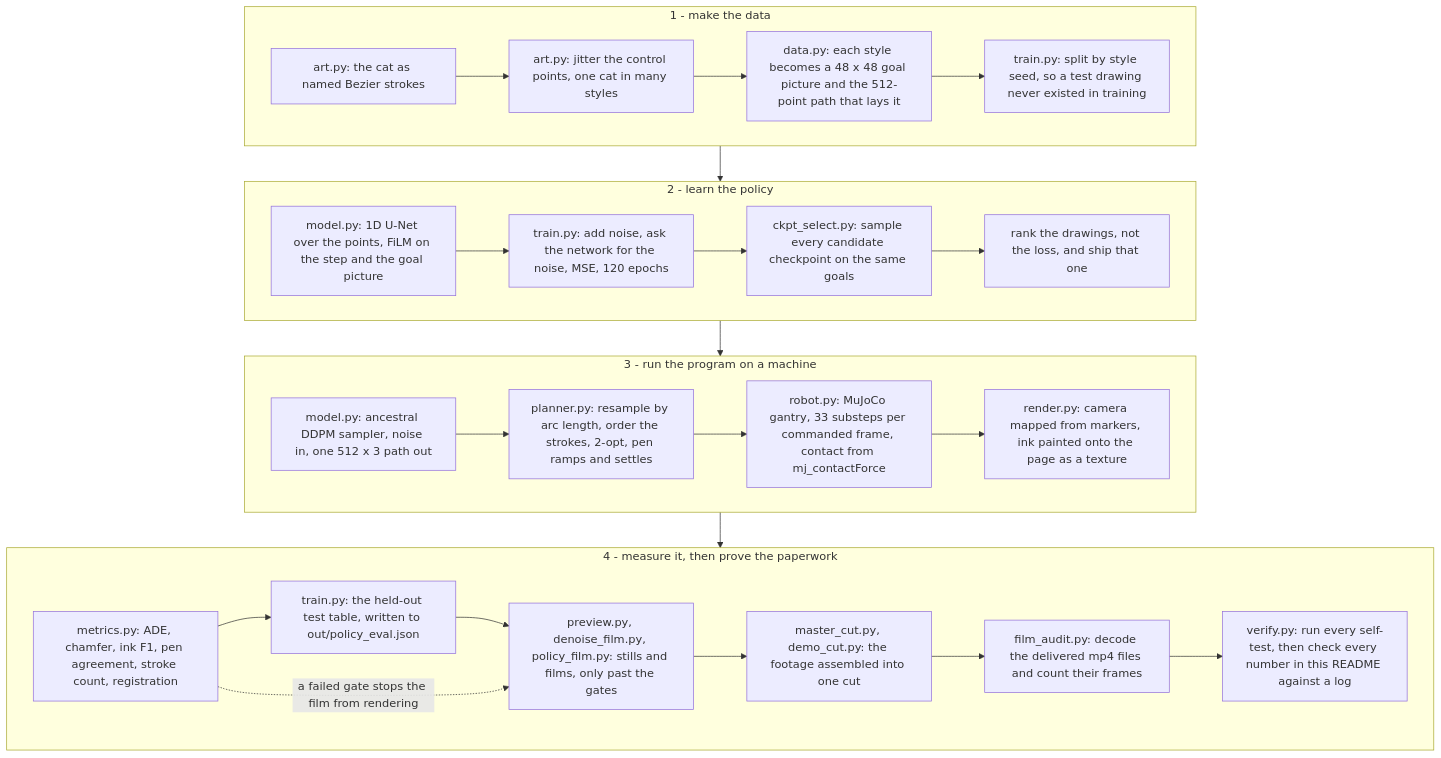
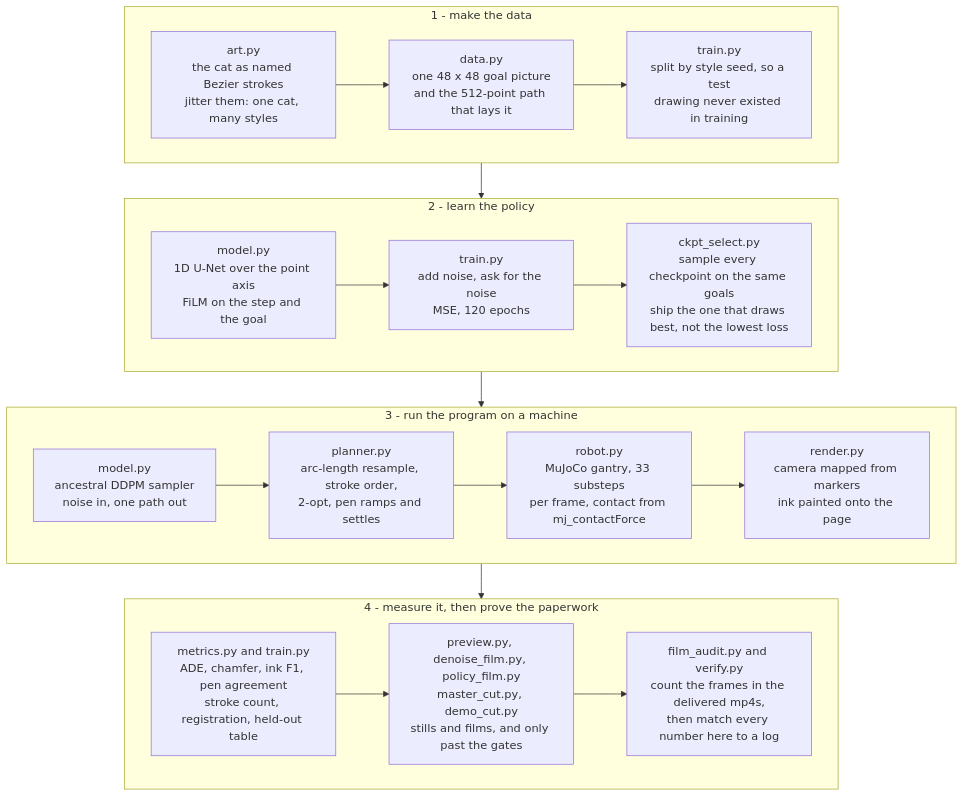
One commit to piplupjuice/CatMotion changed the first of 2 diagrams in README.md. Above: the diagram before and after it, drawn with Mermaid.

Commit message:
README: lay the architecture bands out sideways
Six boxes stacked in the last band made the diagram taller than GitHub's mermaid
frame, so its header was cut off and the whole thing had to be scrolled inside the
picture. Each band now reads left to right and the measurement band is three boxes
instead of six.

````diff
--- a/README.md
+++ b/README.md
@@ -165,35 +165,29 @@
 ```mermaid
 flowchart TD
     subgraph S1["1 - make the data"]
-        A1["art.py: the cat as named Bezier strokes"]
-        A2["art.py: jitter the control points, one cat in many styles"]
-        A3["data.py: each style becomes a 48 x 48 goal picture and the 512-point path that lays it"]
-        A4["train.py: split by style seed, so a test drawing never existed in training"]
-        A1 --> A2 --> A3 --> A4
+        direction LR
+        A1["art.py<br/>the cat as named Bezier strokes<br/>jitter them: one cat, many styles"] --> A2["data.py<br/>one 48 x 48 goal picture<br/>and the 512-point path that lays it"]
+        A2 --> A3["train.py<br/>split by style seed, so a test<br/>drawing never existed in training"]
     end
+
     subgraph S2["2 - learn the policy"]
-        B1["model.py: 1D U-Net over the points, FiLM on the step and the goal picture"]
-        B2["train.py: add noise, ask the network for the noise, MSE, 120 epochs"]
-        B3["ckpt_select.py: sample every candidate checkpoint on the same goals"]
-        B4["rank the drawings, not the loss, and ship that one"]
-        B1 --> B2 --> B3 --> B4
+        direction LR
+        B1["model.py<br/>1D U-Net over the point axis<br/>FiLM on the step and the goal"] --> B2["train.py<br/>add noise, ask for the noise<br/>MSE, 120 epochs"]
+        B2 --> B3["ckpt_select.py<br/>sample every checkpoint on the same goals<br/>ship the one that draws best, not the lowest loss"]
     end
+
     subgraph S3["3 - run the program on a machine"]
-        C1["model.py: ancestral DDPM sampler, noise in, one 512 x 3 path out"]
-        C2["planner.py: resample by arc length, order the strokes, 2-opt, pen ramps and settles"]
-        C3["robot.py: MuJoCo gantry, 33 substeps per commanded frame, contact from mj_contactForce"]
-        C4["render.py: camera mapped from markers, ink painted onto the page as a texture"]
-        C1 --> C2 --> C3 --> C4
+        direction LR
+        C1["model.py<br/>ancestral DDPM sampler<br/>noise in, one path out"] --> C2["planner.py<br/>arc-length resample, stroke order,<br/>2-opt, pen ramps and settles"]
+        C2 --> C3["robot.py<br/>MuJoCo gantry, 33 substeps<br/>per frame, contact from mj_contactForce"]
+        C3 --> C4["render.py<br/>camera mapped from markers<br/>ink painted onto the page"]
     end
+
     subgraph S4["4 - measure it, then prove the paperwork"]
-        D1["metrics.py: ADE, chamfer, ink F1, pen agreement, stroke count, registration"]
-        D2["train.py: the held-out test table, written to out/policy_eval.json"]
-        D3["preview.py, denoise_film.py, policy_film.py: stills and films, only past the gates"]
-        D4["master_cut.py, demo_cut.py: the footage assembled into one cut"]
-        D5["film_audit.py: decode the delivered mp4 files and count their frames"]
-        D6["verify.py: run every self-test, then check every number in this README against a log"]
-        D1 --> D2 --> D3 --> D4 --> D5 --> D6
+        direction LR
+        D1["metrics.py and train.py<br/>ADE, chamfer, ink F1, pen agreement<br/>stroke count, registration, held-out table"] --> D2["preview.py, denoise_film.py, policy_film.py<br/>master_cut.py, demo_cut.py<br/>stills and films, and only past the gates"]
+        D2 --> D3["film_audit.py and verify.py<br/>count the frames in the delivered mp4s,<br/>then match every number here to a log"]
     end
+
     S1 --> S2 --> S3 --> S4
-    D1 -.->|"a failed gate stops the film from rendering"| D3
 ```
````
